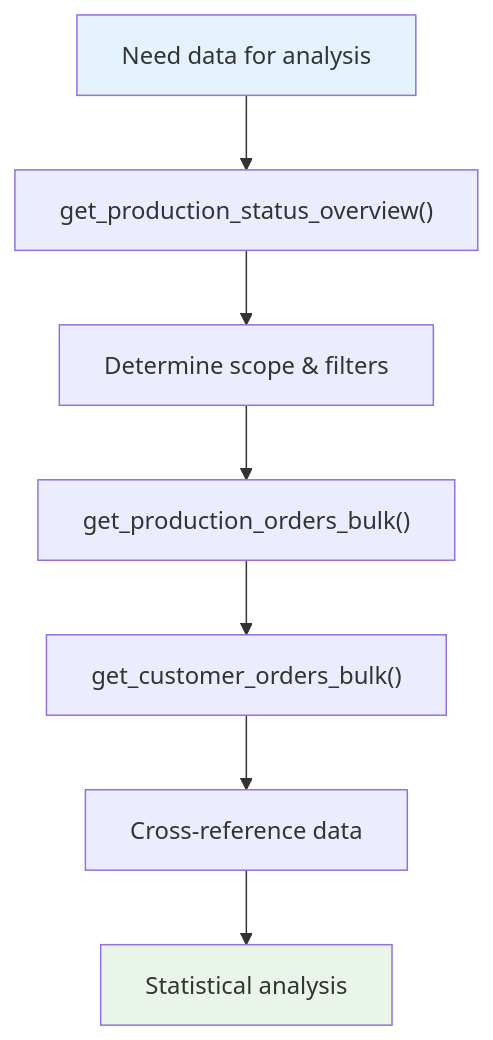
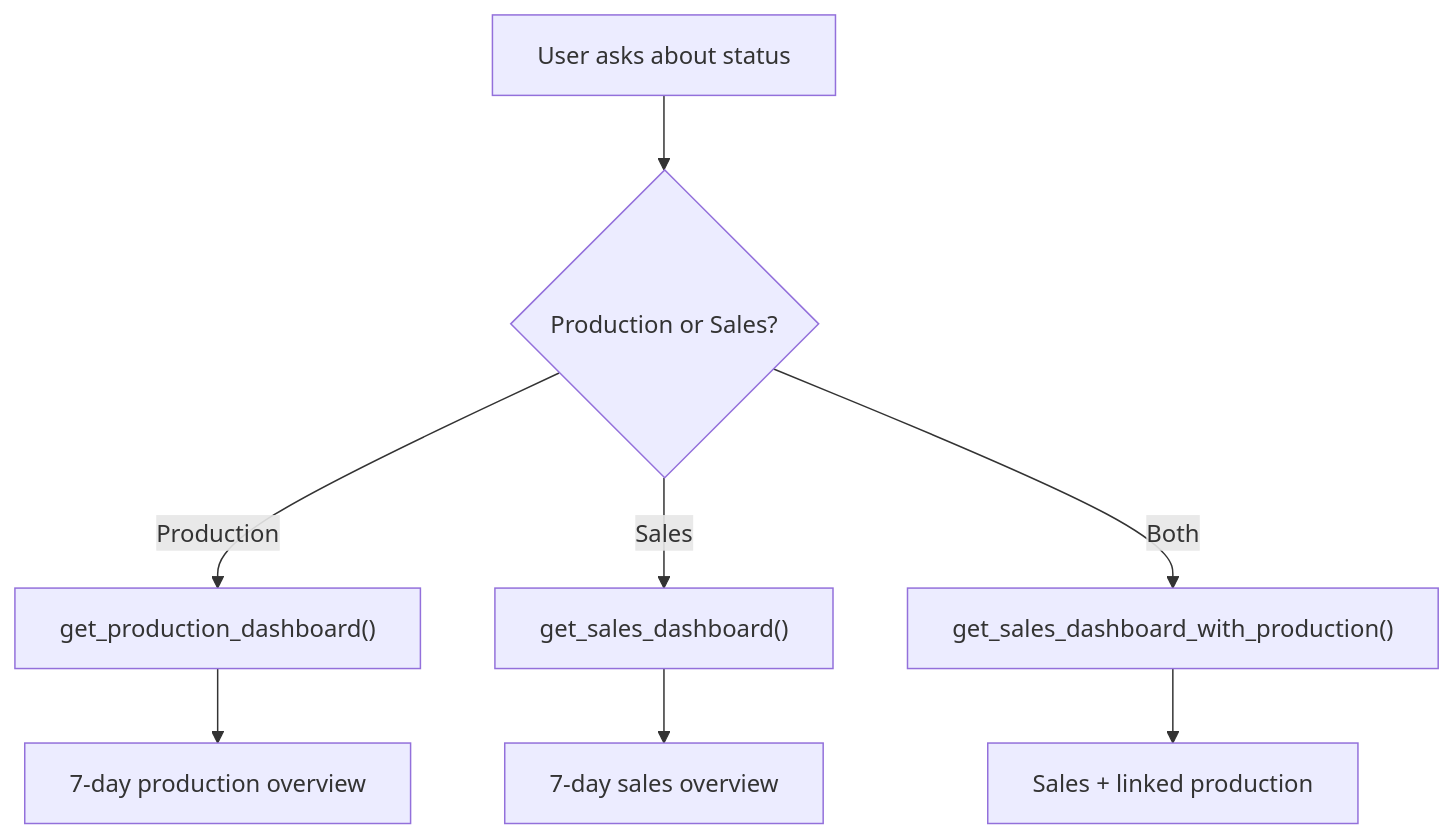
One commit to SheetMetalConnect/Oseon-MCP changed the first of 3 diagrams in docs/tools-reference.md. Above: the diagram before and after it, drawn with Mermaid. The commit also changed other lines of this file and 2 other files, not shown here.

````diff
--- a/docs/tools-reference.md
+++ b/docs/tools-reference.md
@@ -320,12 +382,11 @@
 ```mermaid
 flowchart TD
-    A["Need data for analysis"] --> B["get_production_status_overview()"]
-    B --> C["Determine scope & filters"]
-    C --> D["get_production_orders_bulk()"]
-    D --> E["get_customer_orders_bulk()"]
-    E --> F["Cross-reference data"]
-    F --> G["Statistical analysis"]
+    A["User asks about status"] --> B{"Production or Sales?"}
+    B -->|Production| C["get_production_dashboard()"]
+    B -->|Sales| D["get_sales_dashboard()"]
+    B -->|Both| E["get_sales_dashboard_with_production()"]
     
-    style A fill:#e3f2fd
-    style G fill:#e8f5e8
+    C --> F["7-day production overview"]
+    D --> G["7-day sales overview"]
+    E --> H["Sales + linked production"]
 ```
````
